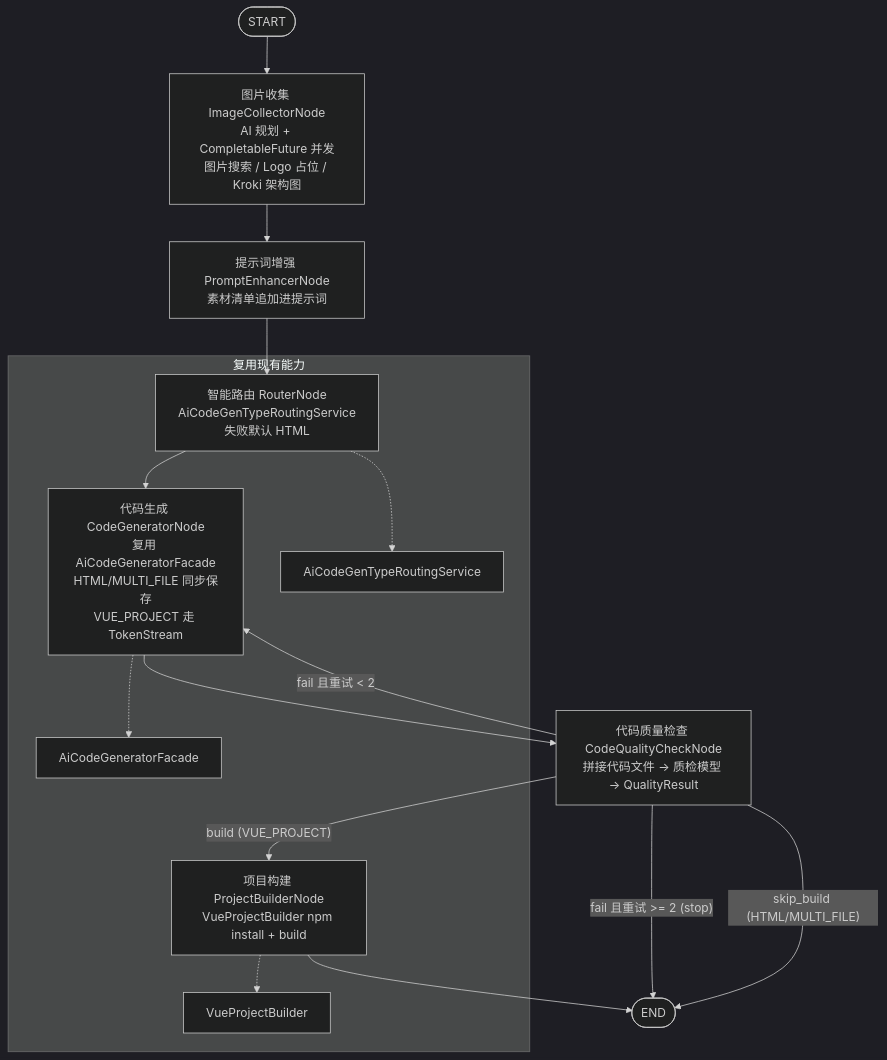
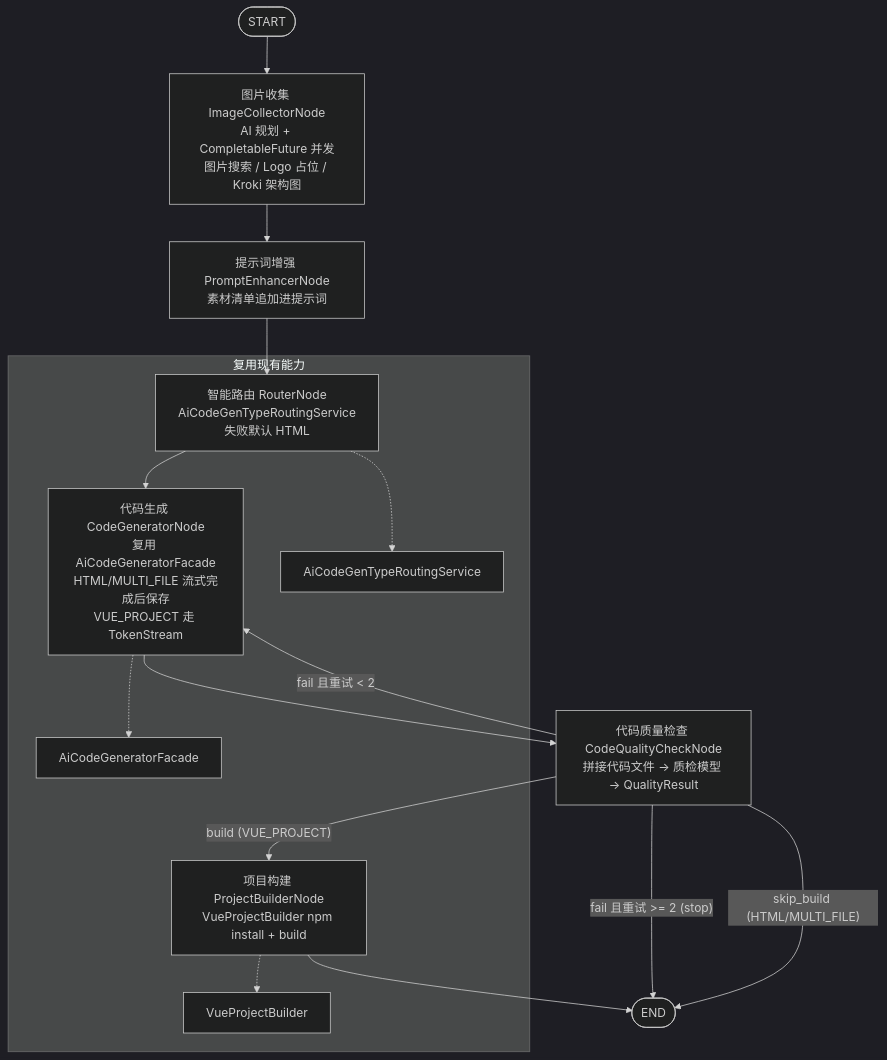
Before and after one commit to sz-xiaohuolong/ai-code-generate: the fourth of 5 diagrams in docs/architecture-summary.md, drawn with Mermaid (dark theme). The commit also changed other lines of this file and 39 other files, not shown here.

````diff
--- a/docs/architecture-summary.md
+++ b/docs/architecture-summary.md
@@ -184,19 +185,19 @@
 ```mermaid
 flowchart TD
     START([START]) --> IC["图片收集 ImageCollectorNode<br/>AI 规划 + CompletableFuture 并发<br/>图片搜索 / Logo 占位 / Kroki 架构图"]
     IC --> PE["提示词增强 PromptEnhancerNode<br/>素材清单追加进提示词"]
     PE --> RT["智能路由 RouterNode<br/>AiCodeGenTypeRoutingService<br/>失败默认 HTML"]
-    RT --> CG["代码生成 CodeGeneratorNode<br/>复用 AiCodeGeneratorFacade<br/>HTML/MULTI_FILE 同步保存<br/>VUE_PROJECT 走 TokenStream"]
+    RT --> CG["代码生成 CodeGeneratorNode<br/>复用 AiCodeGeneratorFacade<br/>HTML/MULTI_FILE 流式完成后保存<br/>VUE_PROJECT 走 TokenStream"]
     CG --> QC["代码质量检查 CodeQualityCheckNode<br/>拼接代码文件 → 质检模型 → QualityResult"]
     QC -->|"fail 且重试 < 2"| CG
     QC -->|"fail 且重试 >= 2 (stop)"| END([END])
     QC -->|"build (VUE_PROJECT)"| PB["项目构建 ProjectBuilderNode<br/>VueProjectBuilder npm install + build"]
     QC -->|"skip_build (HTML/MULTI_FILE)"| END
     PB --> END
 
     subgraph LEGEND["复用现有能力"]
         RT -.-> ROUTESVC["AiCodeGenTypeRoutingService"]
         CG -.-> FACADE["AiCodeGeneratorFacade"]
         PB -.-> VPB["VueProjectBuilder"]
     end
 ```
````
